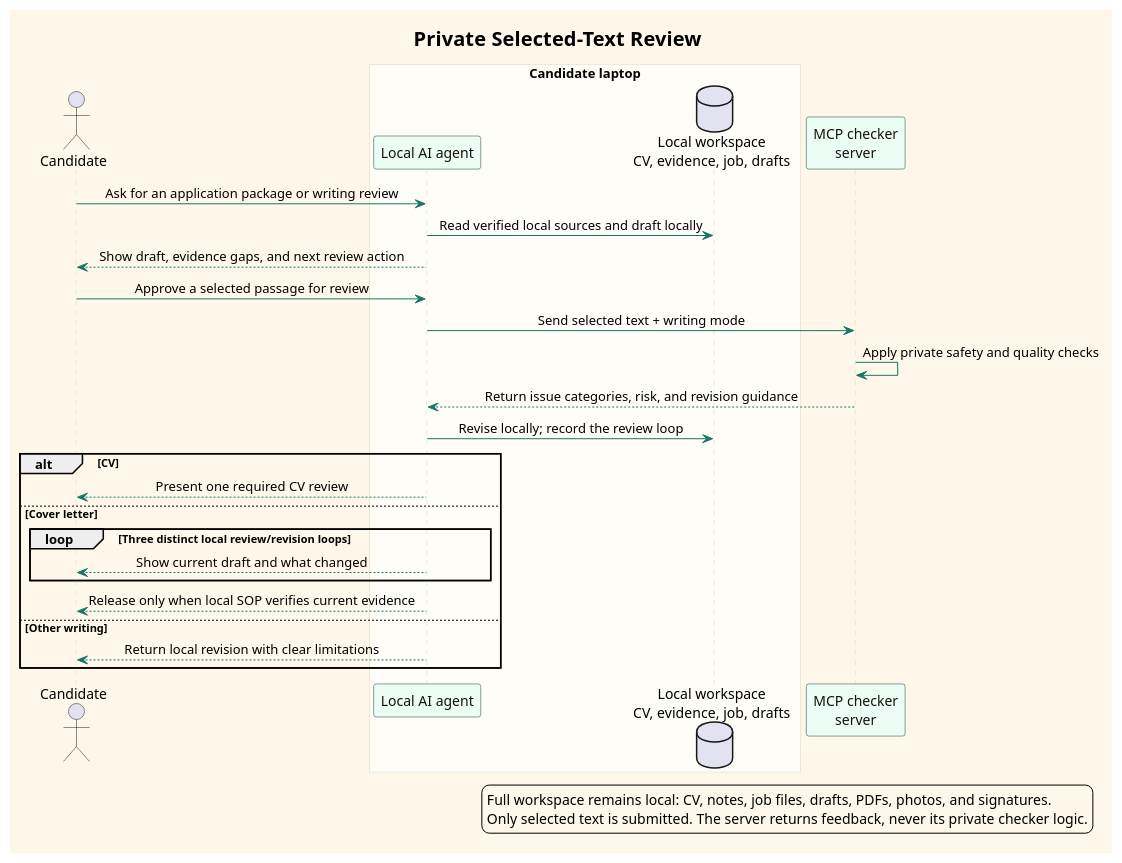
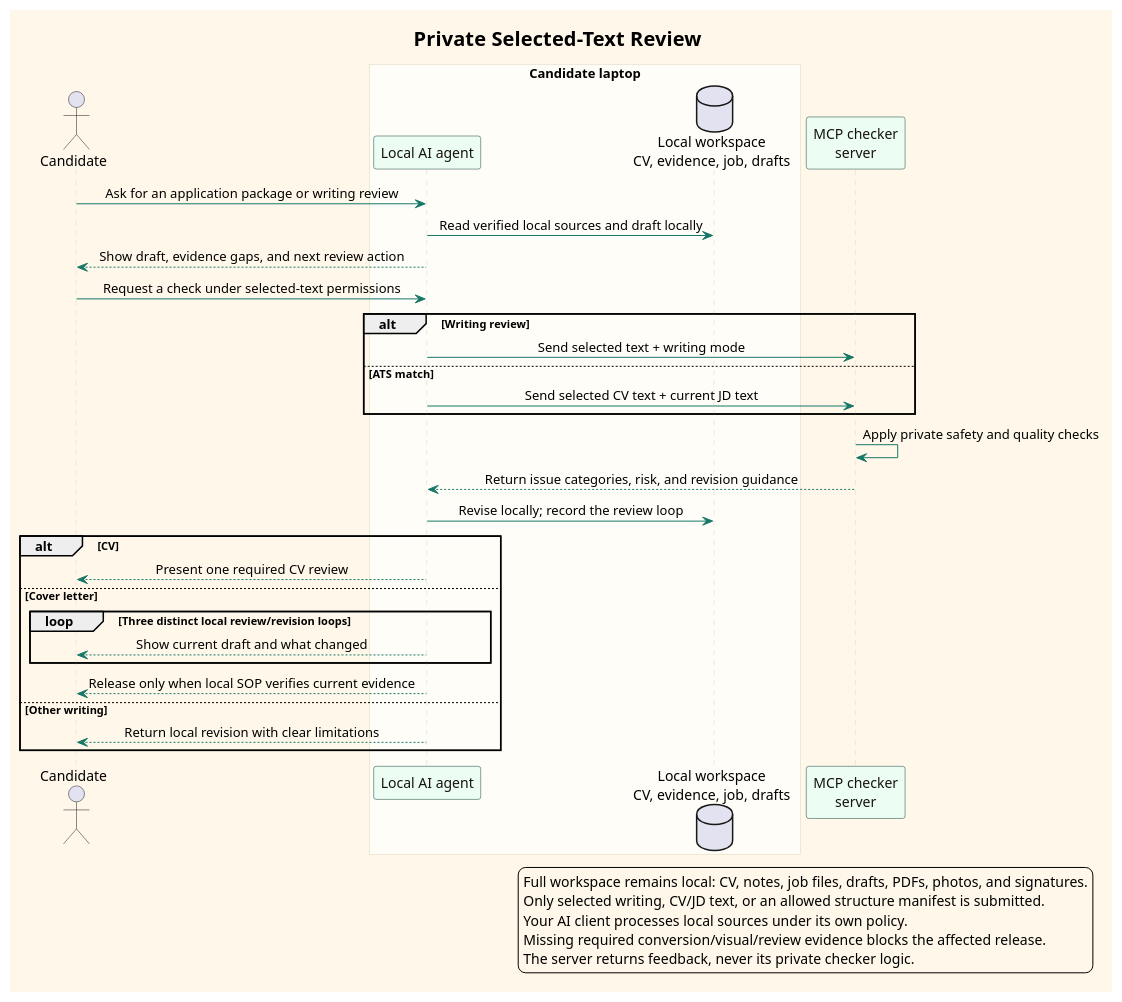
One commit to nlcuong85/cuongcv changed the diagram in experimental/application-package-mcp/resources/diagrams/private-checker-flow.puml. Above: the diagram before and after it, drawn with PlantUML. The commit also changed 41 other files, not shown here.

Commit message:
Release Job MCP agent-led onboarding

```diff
--- a/experimental/application-package-mcp/resources/diagrams/private-checker-flow.puml
+++ b/experimental/application-package-mcp/resources/diagrams/private-checker-flow.puml
@@ -1,52 +1,59 @@
 @startuml
 ' Traceability:
 ' - resilient-application-mcp requirements: R15-R18, R24-R28
 title Private Selected-Text Review
 
 skinparam backgroundColor #FFF8EA
 skinparam sequence {
   ArrowColor #167766
   LifeLineBorderColor #DFD4BD
   LifeLineBackgroundColor #FFFDF7
   ParticipantBorderColor #123F37
   ParticipantBackgroundColor #ECFEF4
   ParticipantFontColor #17130F
   BoxBorderColor #DFD4BD
   BoxBackgroundColor #FFFDF7
 }
 skinparam titleFontSize 20
 skinparam sequenceMessageAlign center
 
 actor "Candidate" as Candidate
 box "Candidate laptop" #FFFDF7
 participant "Local AI agent" as Agent
 database "Local workspace\nCV, evidence, job, drafts" as Local
 end box
 participant "MCP checker\nserver" as Checker
 
 Candidate -> Agent: Ask for an application package or writing review
 Agent -> Local: Read verified local sources and draft locally
 Agent --> Candidate: Show draft, evidence gaps, and next review action
-Candidate -> Agent: Approve a selected passage for review
-Agent -> Checker: Send selected text + writing mode
+Candidate -> Agent: Request a check under selected-text permissions
+alt Writing review
+  Agent -> Checker: Send selected text + writing mode
+else ATS match
+  Agent -> Checker: Send selected CV text + current JD text
+end
 Checker -> Checker: Apply private safety and quality checks
 Checker --> Agent: Return issue categories, risk, and revision guidance
 Agent -> Local: Revise locally; record the review loop
 
 alt CV
   Agent --> Candidate: Present one required CV review
 else Cover letter
   loop Three distinct local review/revision loops
     Agent --> Candidate: Show current draft and what changed
   end
   Agent --> Candidate: Release only when local SOP verifies current evidence
 else Other writing
   Agent --> Candidate: Return local revision with clear limitations
 end
 
 legend right
 Full workspace remains local: CV, notes, job files, drafts, PDFs, photos, and signatures.
-Only selected text is submitted. The server returns feedback, never its private checker logic.
+Only selected writing, CV/JD text, or an allowed structure manifest is submitted.
+Your AI client processes local sources under its own policy.
+Missing required conversion/visual/review evidence blocks the affected release.
+The server returns feedback, never its private checker logic.
 endlegend
 
 @enduml
```
